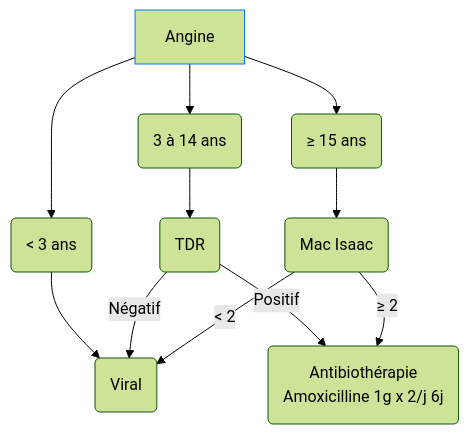
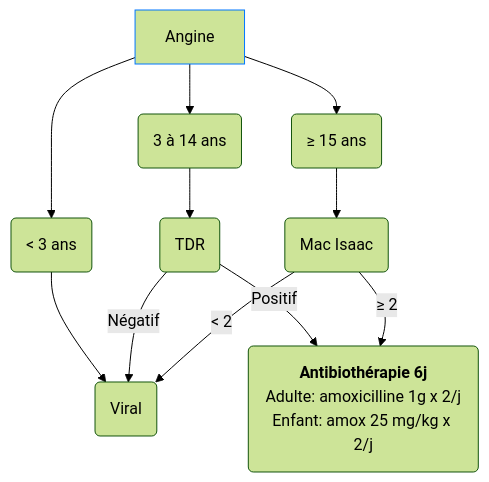
Before and after one commit to djibe/recommandations-medicales: the diagram in content/recommandations/angine.md, drawn with Mermaid (forest theme). The commit also changed other lines of this file and 10 other files, not shown here.

```diff
--- a/content/recommandations/angine.md
+++ b/content/recommandations/angine.md
@@ -106,9 +108,9 @@
 {{< mermaid >}}
 graph TB
   angine[Angine] --> moins3("&lt; 3 ans") --> viral(Viral)
   style angine stroke:#0077ff, stroke-width:1px
-    angine --> 314ans("3 à 14 ans") --> TDR("TDR") -- "Positif" --> ATB("Antibiothérapie<br>Amoxicilline 1g x 2/j 6j")
+    angine --> 314ans("3 à 14 ans") --> TDR("TDR") -- "Positif" --> ATB("<b>Antibiothérapie 6j</b><br>Adulte: amoxicilline 1g x 2/j<br>Enfant: amox 25 mg/kg x 2/j")
       TDR -- Négatif --> viral
     angine --> 15plus("≥ 15 ans") --> score(Mac Isaac) -- "≥ 2" --> ATB
       score -- "&lt; 2" --> viral
 {{< /mermaid >}}
```
